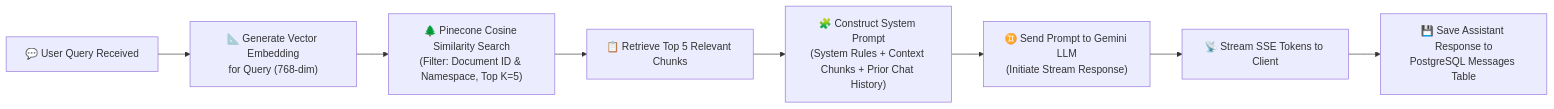
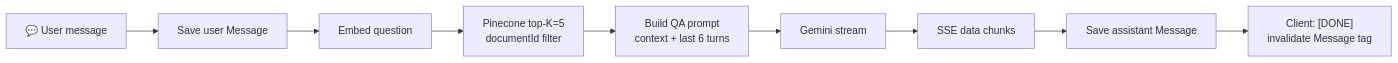
One commit to harsh18082001/ai-pdf-intelligence changed the fourth of 9 diagrams in README.md. Above: the diagram before and after it, drawn with Mermaid. The commit also changed other lines of this file and 1 other file, not shown here.

````diff
--- a/README.md
+++ b/README.md
@@ -124,10 +183,11 @@
 ```mermaid
 flowchart LR
-    A["💬 User Query Received"] --> B["📐 Generate Vector Embedding\nfor Query (768-dim)"]
-    B --> C["🌲 Pinecone Cosine Similarity Search\n(Filter: Document ID & Namespace, Top K=5)"]
-    C --> D["📋 Retrieve Top 5 Relevant Chunks"]
-    D --> E["🧩 Construct System Prompt\n(System Rules + Context Chunks + Prior Chat History)"]
-    E --> F["♊ Send Prompt to Gemini LLM\n(Initiate Stream Response)"]
-    F --> G["📡 Stream SSE Tokens to Client"]
-    G --> H["💾 Save Assistant Response to\nPostgreSQL Messages Table"]
+    A["💬 User message"] --> B["Save user Message"]
+    B --> C["Embed question"]
+    C --> D["Pinecone top-K=5<br/>documentId filter"]
+    D --> E["Build QA prompt<br/>context + last 6 turns"]
+    E --> F["Gemini stream"]
+    F --> G["SSE data chunks"]
+    G --> H["Save assistant Message"]
+    H --> I["Client: [DONE]<br/>invalidate Message tag"]
 ```
````
